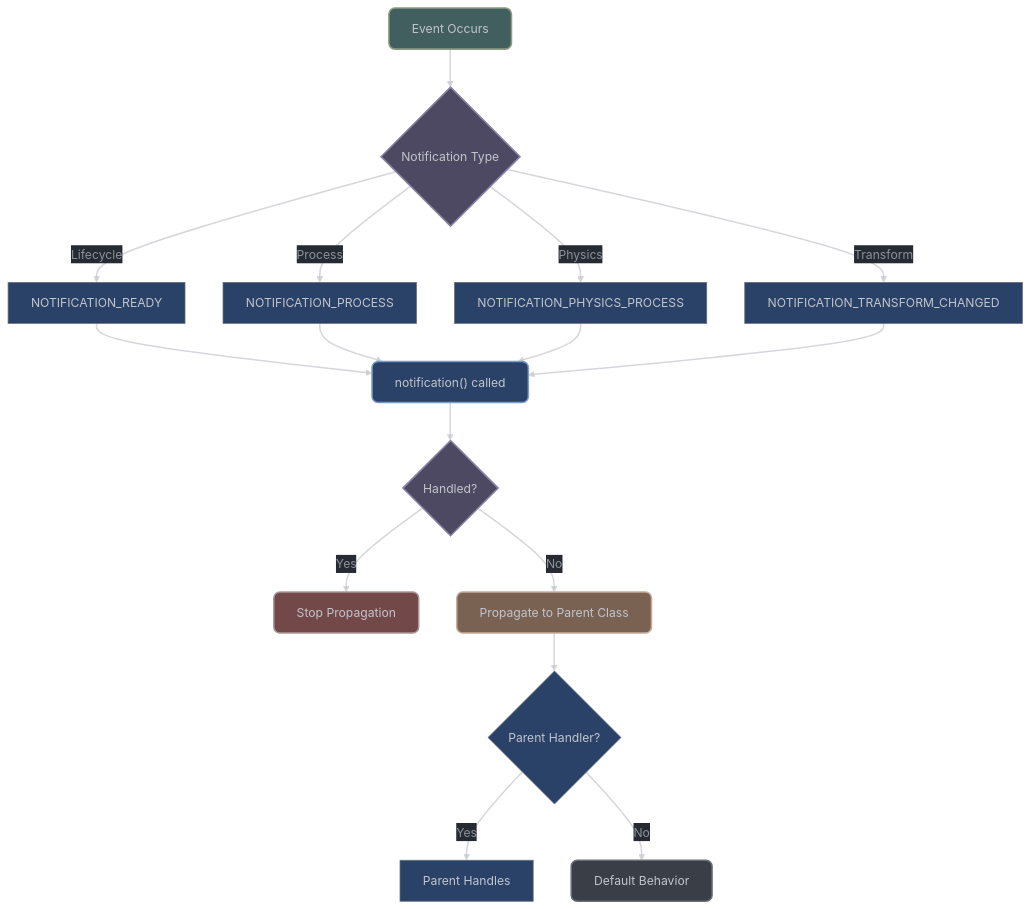
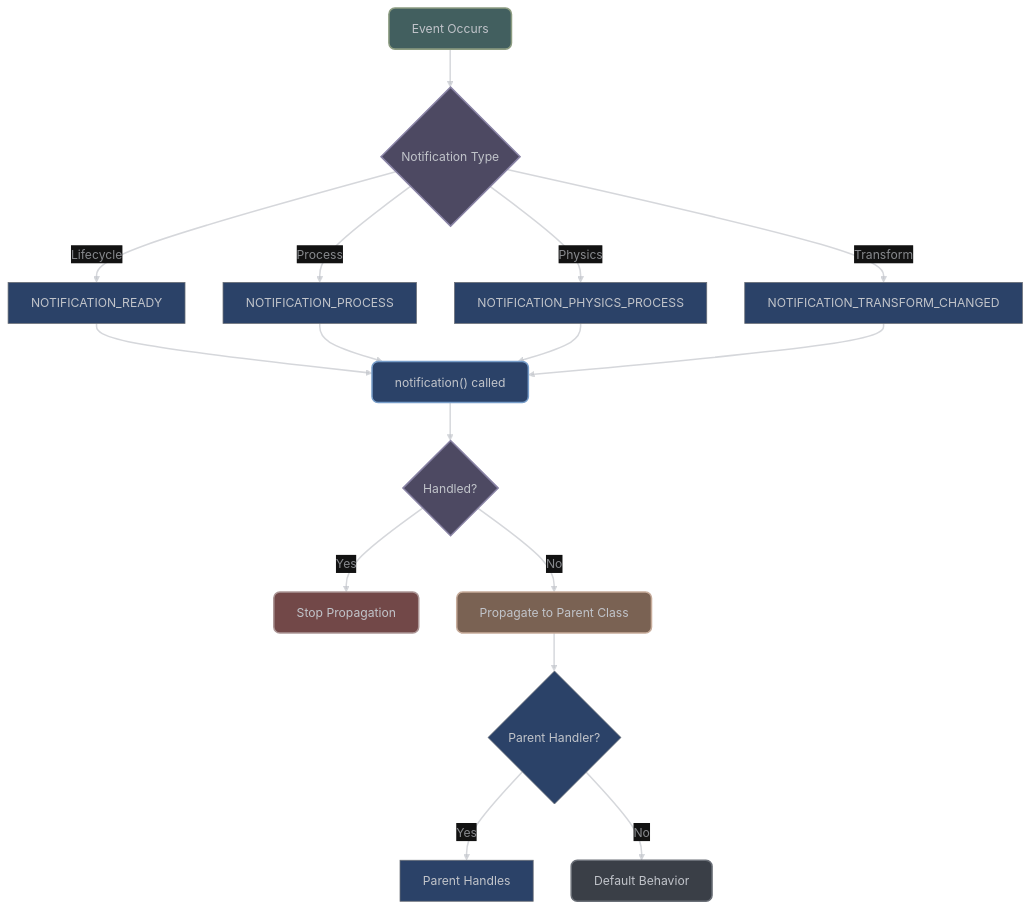
The diagram in docs/engine_integration/notification-system.md (vorlac/gdextension-docs), drawn with Mermaid before and after one commit. The commit also changed other lines of this file and 23 other files, not shown here.

````diff
--- a/docs/engine_integration/notification-system.md
+++ b/docs/engine_integration/notification-system.md
@@ -25,51 +13,52 @@
 ```mermaid
 ---
 config:
     theme: 'base'
     curve: 'straight'
     themeVariables:
         darkMode: true
         clusterBkg: '#22272f62'
         clusterBorder: '#6a6f77ff'
         clusterTextColor: '#6a6f77ff'
         lineColor: '#C1C4CAAA'
         background: '#262B33'
         primaryColor: '#2b4268ff'
         primaryTextColor: '#C1C4CAff'
         primaryBorderColor: '#6a6f77ff'
         nodeTextColor: '#C1C4CA'
         defaultLinkColor: '#C1C4CA'
-        edgeLabelBackground: '#262B33'
+        edgeLabelBackground: '#121212'
+        tertiaryTextColor: '#C1C4CA'
         flowchart:
             curve: 'basis'
 ---
 flowchart TD
     A[Event Occurs] --> B{Notification Type}
     B --> |Lifecycle| C[NOTIFICATION_READY]
     B --> |Process| D[NOTIFICATION_PROCESS]
     B --> |Physics| E[NOTIFICATION_PHYSICS_PROCESS]
     B --> |Transform| F[NOTIFICATION_TRANSFORM_CHANGED]
 
     C --> G["notification() called"]
     D --> G
     E --> G
     F --> G
 
     G --> H{Handled?}
     H --> |Yes| I[Stop Propagation]
     H --> |No| J[Propagate to Parent Class]
 
     J --> K{Parent Handler?}
     K --> |Yes| L[Parent Handles]
     K --> |No| M[Default Behavior]
 
     linkStyle default stroke:#C1C4CAaa,stroke-width:2px,color:#C1C4CAaa
 
     style A fill:#425f5fff,stroke:#8c9c81ff,stroke-width:2px,color:#C1C4CA,rx:8,ry:8
     style B fill:#4d4962ff,stroke:#8983a5ff,stroke-width:2px,color:#C1C4CA,rx:8,ry:8
     style G fill:#2b4268ff,stroke:#779DC9ff,stroke-width:2px,color:#C1C4CA,rx:8,ry:8
     style H fill:#4d4962ff,stroke:#8983a5ff,stroke-width:2px,color:#C1C4CA,rx:8,ry:8
     style I fill:#724848ff,stroke:#ac9696ff,stroke-width:2px,color:#C1C4CA,rx:8,ry:8
     style J fill:#7a6253ff,stroke:#c7ac9bff,stroke-width:2px,color:#C1C4CA,rx:8,ry:8
     style M fill:#3a3f47ff,stroke:#6a6f77ff,stroke-width:2px,color:#C1C4CA,rx:8,ry:8
 ```
````
